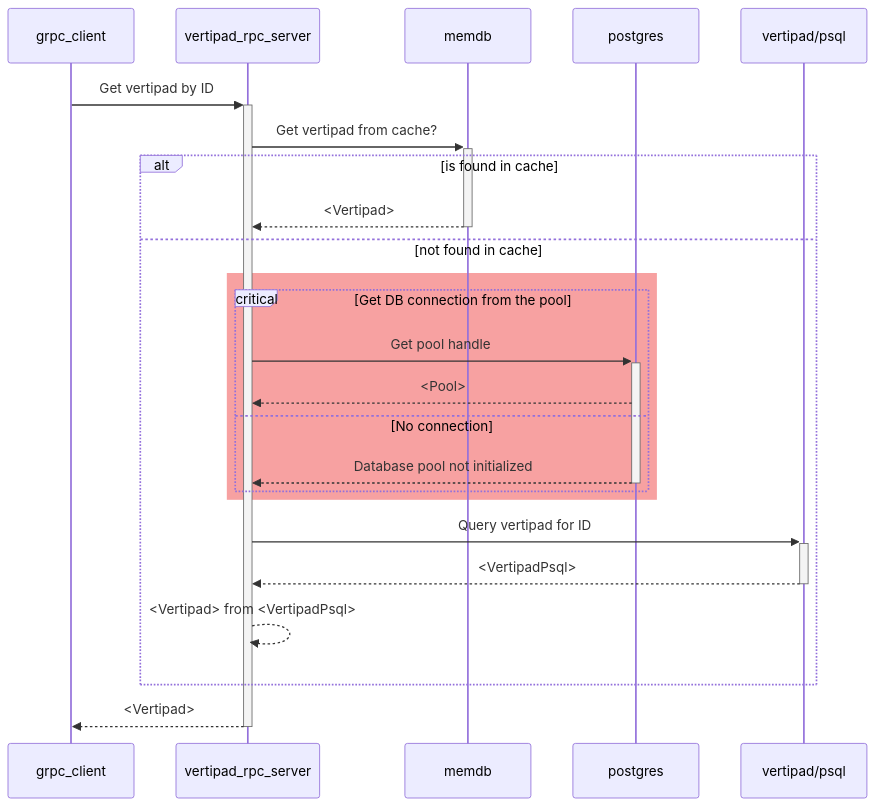
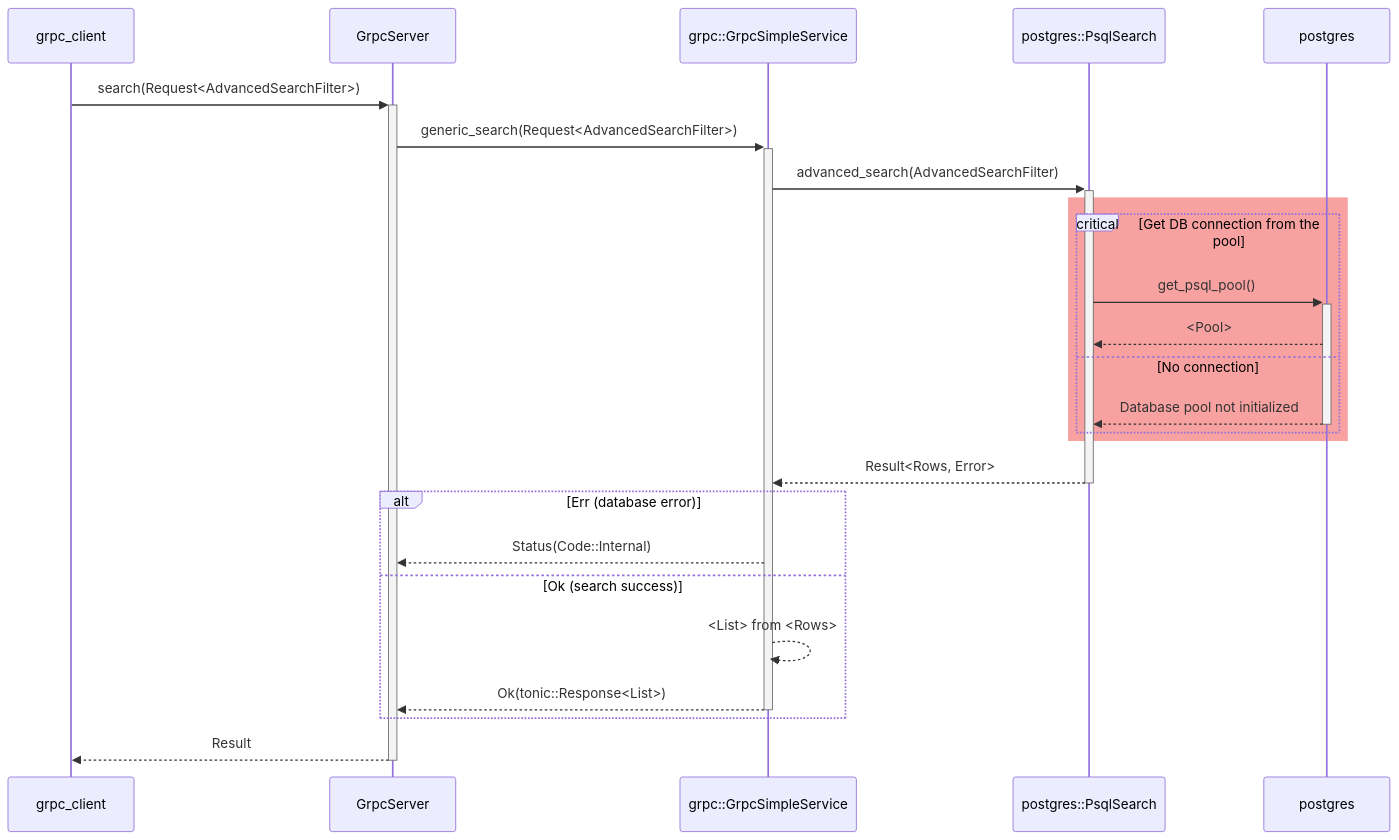
Before and after one commit to aetheric-oss/svc-storage: the fourth of 13 diagrams in docs/sdd.md, drawn with Mermaid. The commit also changed other lines of this file and 2 other files, not shown here.

````diff
--- a/docs/sdd.md
+++ b/docs/sdd.md
@@ -217,26 +216,27 @@
 ```mermaid
 sequenceDiagram
     participant client as grpc_client
-    participant grpc as vertipad_rpc_server
-    participant memdb as memdb
+    participant grpc_server as GrpcServer
+    participant grpc_service as grpc::GrpcSimpleService
+    participant psql_simple as postgres::PsqlSearch
     participant psql as postgres
-    participant psql_vp as vertipad/psql
-    client->>+grpc: Get vertipad by ID
-    grpc->>+memdb: Get vertipad from cache?
-    alt is found in cache
-        memdb-->>-grpc: <Vertipad>
-    else not found in cache
-        rect rgb(247, 161, 161)
-            critical Get DB connection from the pool
-                grpc->>+psql: Get pool handle
-                psql-->>grpc: <Pool>
-            option No connection
-                psql-->>-grpc: Database pool not initialized
-            end
-        end
-        grpc->>+psql_vp: Query vertipad for ID
-        psql_vp-->>-grpc: <VertipadPsql>
-        grpc-->>grpc: <Vertipad> from <VertipadPsql>
+    client->>+grpc_server: search(Request<AdvancedSearchFilter>)
+    grpc_server->>+grpc_service: generic_search(Request<AdvancedSearchFilter>)
+    grpc_service->>+psql_simple: advanced_search(AdvancedSearchFilter)
+	rect rgb(247, 161, 161)
+		critical Get DB connection from the pool
+			psql_simple->>+psql: get_psql_pool()
+			psql-->>psql_simple: <Pool>
+		option No connection
+			psql-->>-psql_simple: Database pool not initialized
+		end
+	end
+    psql_simple-->>-grpc_service: Result<Rows, Error>
+    alt Err (database error)
+        grpc_service-->>grpc_server: Status(Code::Internal)
+    else Ok (search success)
+        grpc_service-->>grpc_service: <List> from <Rows>
+        grpc_service-->>-grpc_server: Ok(tonic::Response<List>)
     end
-    grpc-->>-client: <Vertipad>
+    grpc_server-->>-client: Result
 ```
````
